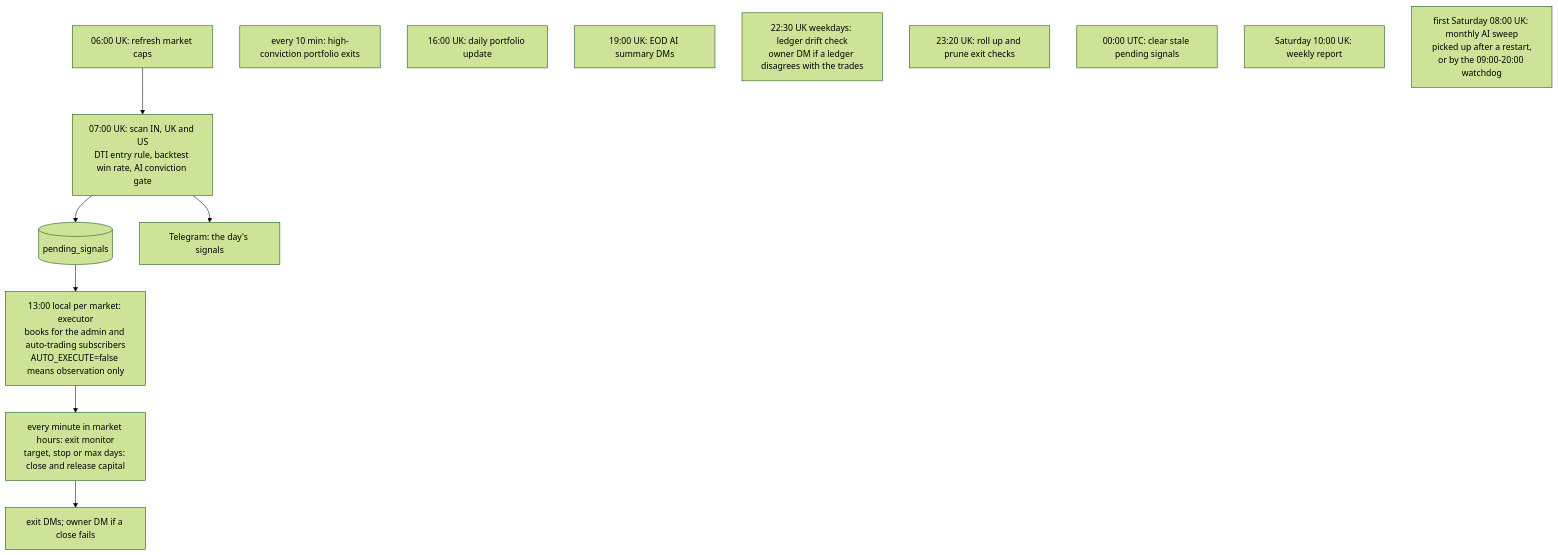
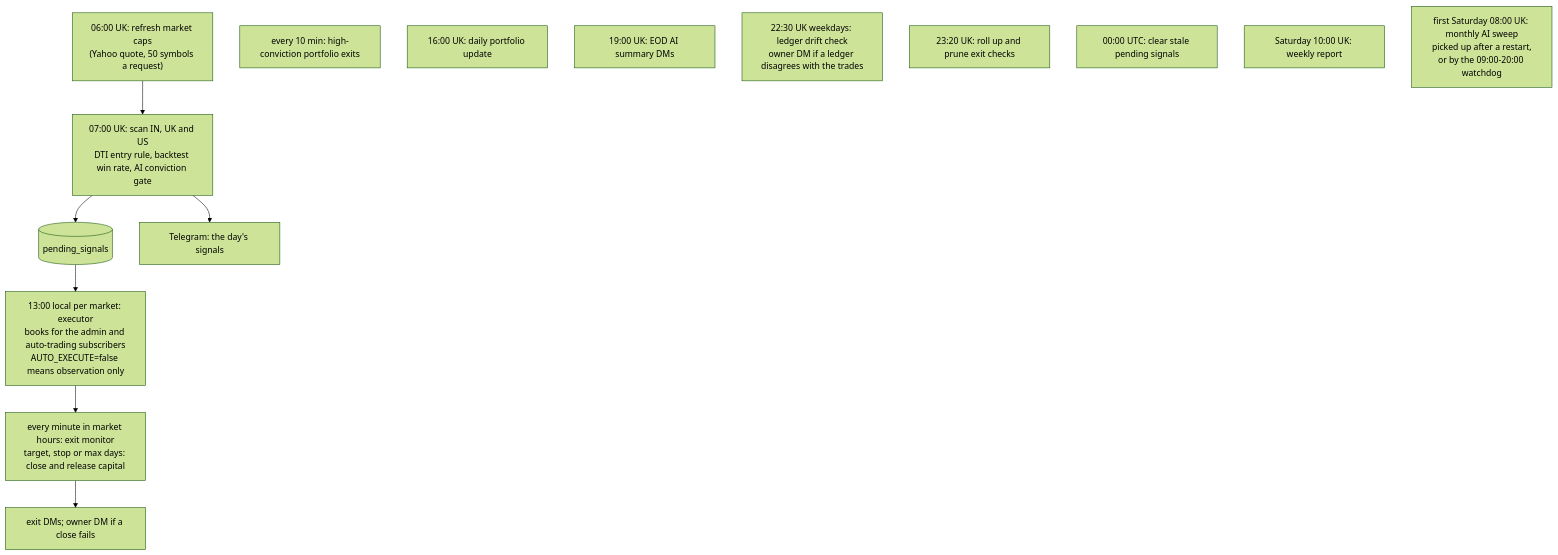
Before and after one commit to ketanswebsite/signalforge: the second of 2 diagrams in README.md, drawn with Mermaid (forest theme). The commit also changed other lines of this file and 17 other files, not shown here.

````diff
--- a/README.md
+++ b/README.md
@@ -284,17 +285,17 @@
 ```mermaid
 flowchart TB
-  MC["06:00 UK: refresh market caps"] --> SC
+  MC["06:00 UK: refresh market caps<br/>(Yahoo quote, 50 symbols a request)"] --> SC
   SC["07:00 UK: scan IN, UK and US<br/>DTI entry rule, backtest win rate, AI conviction gate"] --> PS[("pending_signals")]
   SC --> TB["Telegram: the day's signals"]
   PS --> EX["13:00 local per market: executor<br/>books for the admin and auto-trading subscribers<br/>AUTO_EXECUTE=false means observation only"]
   EX --> MON["every minute in market hours: exit monitor<br/>target, stop or max days: close and release capital"]
   MON --> DM["exit DMs; owner DM if a close fails"]
   HC["every 10 min: high-conviction portfolio exits"]
   UP["16:00 UK: daily portfolio update"]
   EOD["19:00 UK: EOD AI summary DMs"]
   LD["22:30 UK weekdays: ledger drift check<br/>owner DM if a ledger disagrees with the trades"]
   RET["23:20 UK: roll up and prune exit checks"]
   CL["00:00 UTC: clear stale pending signals"]
   WK["Saturday 10:00 UK: weekly report"]
   SW["first Saturday 08:00 UK: monthly AI sweep<br/>picked up after a restart,<br/>or by the 09:00-20:00 watchdog"]
 ```
````
